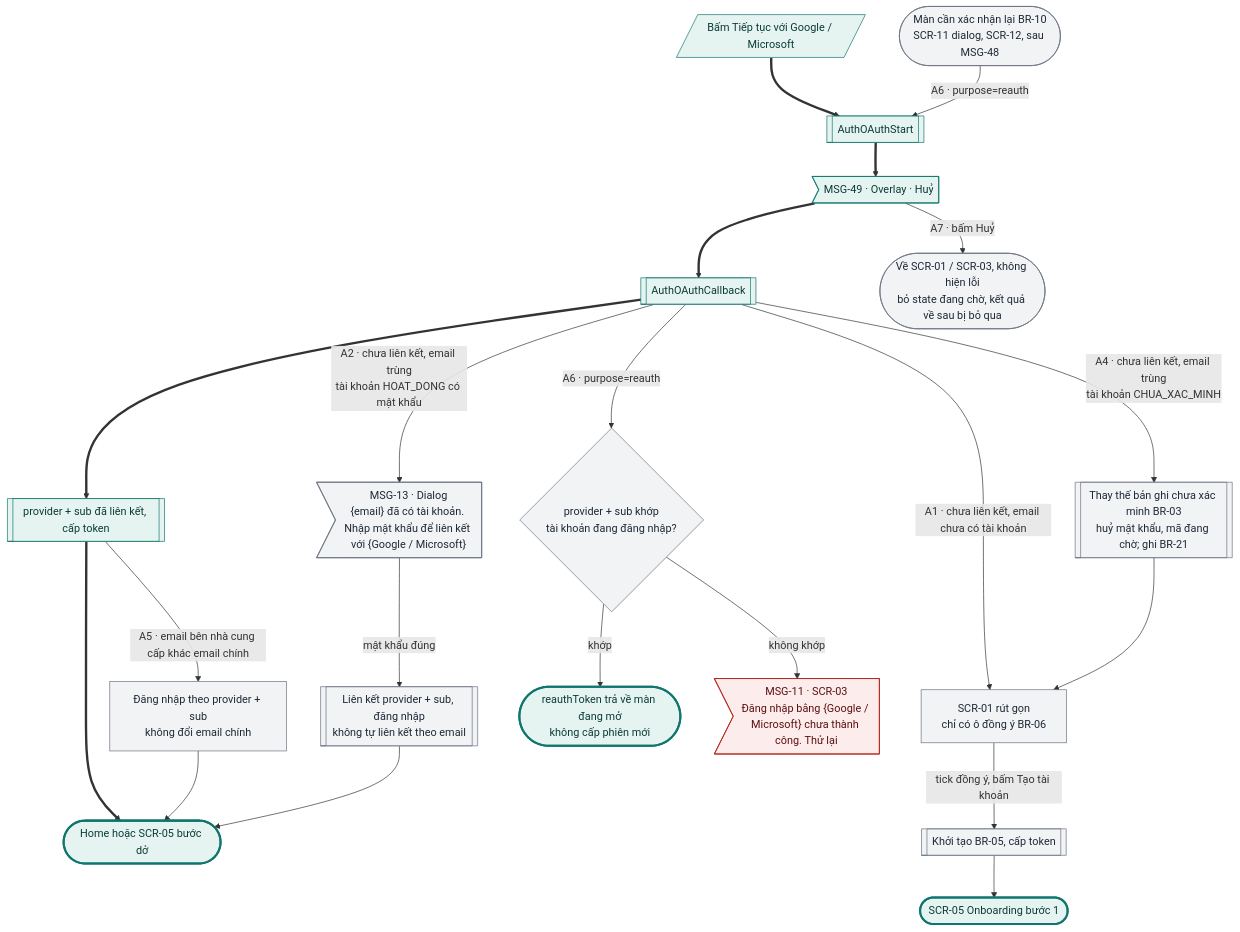
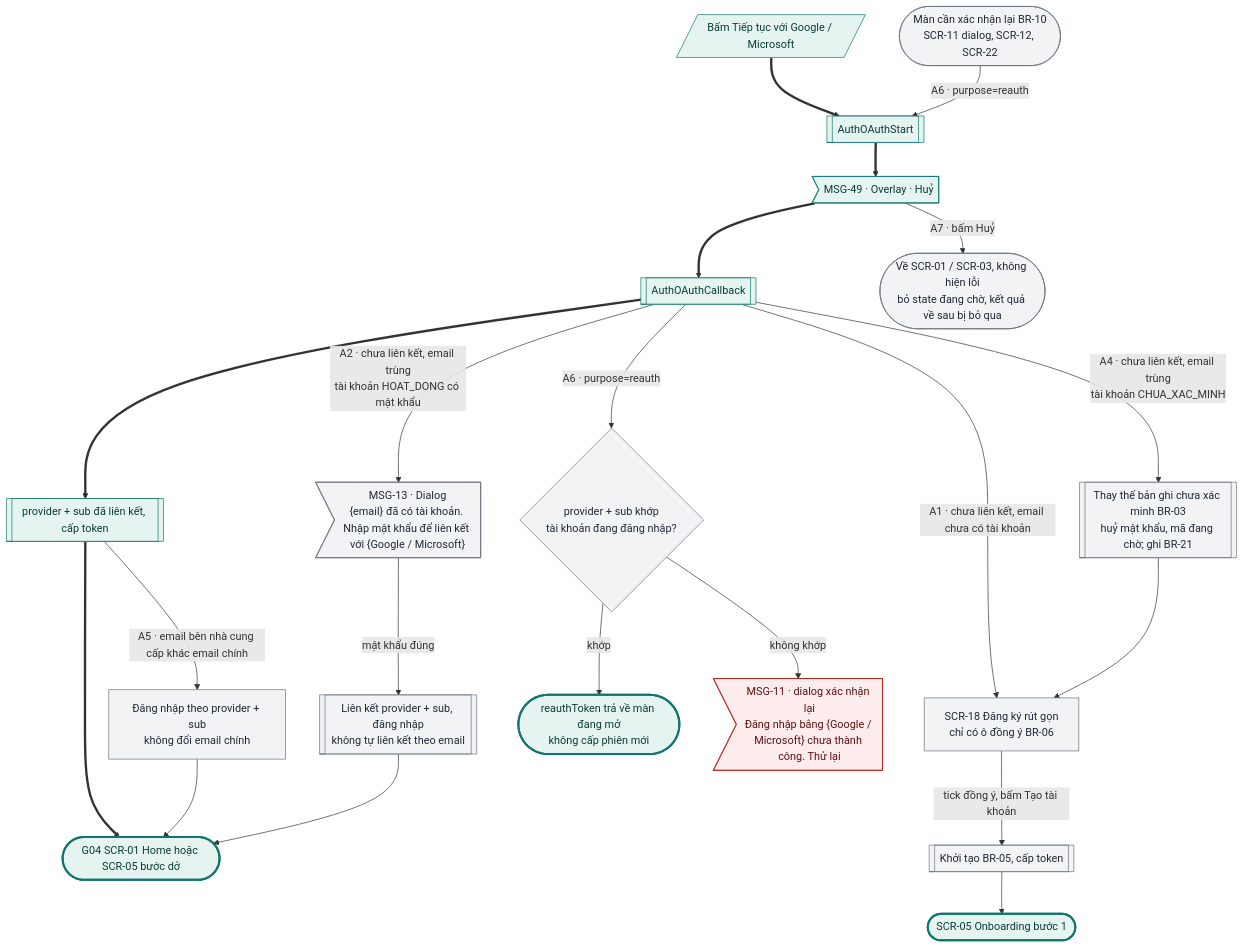
One commit to tannguyenho/personal-app changed the fourth of 27 diagrams in docs/design-brief/flow/g01-tai-khoan.md. Above: the diagram before and after it, drawn with Mermaid. The commit also changed other lines of this file and 6 other files, not shown here.

First line of the commit message:
docs(G01, G10): áp quyết định PO 09/11 vào SRS, PRD, flow; IA trỏ mã mới

````diff
--- a/docs/design-brief/flow/g01-tai-khoan.md
+++ b/docs/design-brief/flow/g01-tai-khoan.md
@@ -169,44 +169,44 @@
 ```mermaid
 flowchart TD
   u1[/"Bấm Tiếp tục với Google / Microsoft"/]
   p1[["AuthOAuthStart"]]
   m1>"MSG-49 · Overlay · Huỷ"]
   p2[["AuthOAuthCallback"]]
   p3[["provider + sub đã liên kết, cấp token"]]
-  ok(["Home hoặc SCR-05 bước dở"])
+  ok(["G04 SCR-01 Home hoặc SCR-05 bước dở"])
 
   u1 ==> p1 ==> m1 ==> p2 ==> p3 ==> ok
 
   m1 -->|"A7 · bấm Huỷ"| a7(["Về SCR-01 / SCR-03, không hiện lỗi<br/>bỏ state đang chờ, kết quả về sau bị bỏ qua"])
   p3 -->|"A5 · email bên nhà cung cấp khác email chính"| a5["Đăng nhập theo provider + sub<br/>không đổi email chính"]
   a5 --> ok
 
-  p2 -->|"A1 · chưa liên kết, email chưa có tài khoản"| a1["SCR-01 rút gọn<br/>chỉ có ô đồng ý BR-06"]
+  p2 -->|"A1 · chưa liên kết, email chưa có tài khoản"| a1["SCR-18 Đăng ký rút gọn<br/>chỉ có ô đồng ý BR-06"]
   p2 -->|"A4 · chưa liên kết, email trùng<br/>tài khoản CHUA_XAC_MINH"| a4[["Thay thế bản ghi chưa xác minh BR-03<br/>huỷ mật khẩu, mã đang chờ; ghi BR-21"]]
   a4 --> a1
   a1 -->|"tick đồng ý, bấm Tạo tài khoản"| a1p[["Khởi tạo BR-05, cấp token"]]
   a1p --> a1ok(["SCR-05 Onboarding bước 1"])
 
   p2 -->|"A2 · chưa liên kết, email trùng<br/>tài khoản HOAT_DONG có mật khẩu"| a2m>"MSG-13 · Dialog<br/>{email} đã có tài khoản. Nhập mật khẩu để liên kết với {Google / Microsoft}"]
   a2m -->|"mật khẩu đúng"| a2p[["Liên kết provider + sub, đăng nhập<br/>không tự liên kết theo email"]]
   a2p --> ok
 
-  a6s(["Màn cần xác nhận lại BR-10<br/>SCR-11 dialog, SCR-12, sau MSG-48"]) -->|"A6 · purpose=reauth"| p1
+  a6s(["Màn cần xác nhận lại BR-10<br/>SCR-11 dialog, SCR-12, SCR-22"]) -->|"A6 · purpose=reauth"| p1
   p2 -->|"A6 · purpose=reauth"| d6{"provider + sub khớp<br/>tài khoản đang đăng nhập?"}
   d6 -->|"khớp"| a6ok(["reauthToken trả về màn đang mở<br/>không cấp phiên mới"])
-  d6 -->|"không khớp"| a6m>"MSG-11 · SCR-03<br/>Đăng nhập bằng {Google / Microsoft} chưa thành công. Thử lại"]
+  d6 -->|"không khớp"| a6m>"MSG-11 · dialog xác nhận lại<br/>Đăng nhập bằng {Google / Microsoft} chưa thành công. Thử lại"]
 
   class u1,p1,m1,p2,p3 happy
   class a7,a5,a1,a4,a1p,a2m,a2p,a6s,d6 alt
   class a6m err
   class ok,a1ok,a6ok done
   classDef happy fill:#E6F4F1,stroke:#0F766E,color:#0B3B36
   classDef alt fill:#F1F3F5,stroke:#6B7280,color:#1F2937
   classDef err fill:#FDECEC,stroke:#B42318,color:#5C1010
   classDef warn fill:#FEF4E2,stroke:#B45309,color:#4A2604
   classDef ai fill:#F1ECFD,stroke:#6D28D9,color:#2E1065
   classDef sync fill:#FFFFFF,stroke:#6B7280,stroke-dasharray:4 3,color:#1F2937
   classDef link fill:#FFFFFF,stroke:#0F766E,stroke-dasharray:4 3,color:#0B3B36
   classDef done fill:#E6F4F1,stroke:#0F766E,stroke-width:3px,color:#0B3B36
   classDef fail fill:#FDECEC,stroke:#B42318,stroke-width:3px,color:#5C1010
 ```
````
